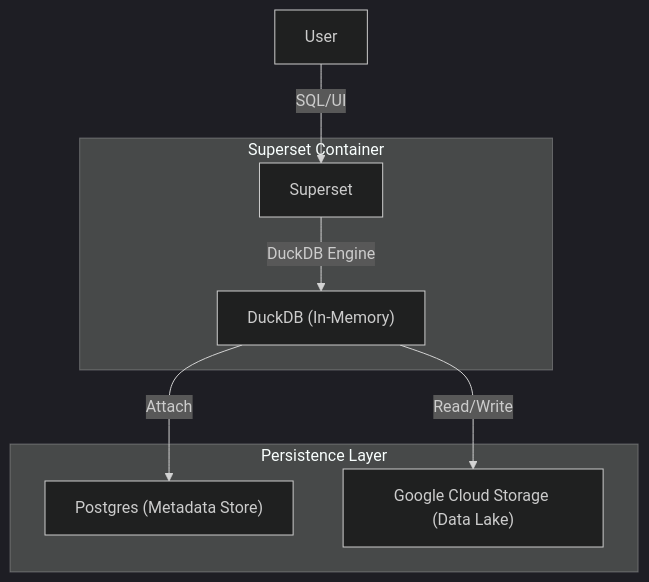
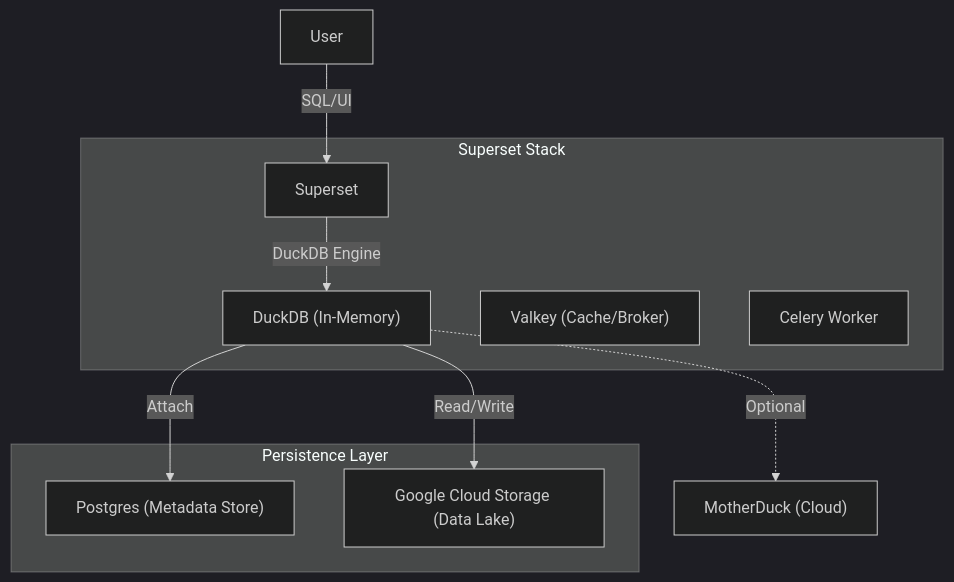
The diagram in README.md (chiqors/superset-ducklake), drawn with Mermaid (dark theme) before and after one commit. The commit also changed other lines of this file and 5 other files, not shown here.

````diff
--- a/README.md
+++ b/README.md
@@ -10,17 +10,20 @@
 ```mermaid
 graph TD
     User[User] -->|SQL/UI| Superset
     Superset -->|DuckDB Engine| DuckDB["DuckDB (In-Memory)"]
     DuckDB -->|Attach| Postgres["Postgres (Metadata Store)"]
     DuckDB -->|Read/Write| GCS["Google Cloud Storage (Data Lake)"]
+    DuckDB -.->|Optional| MotherDuck["MotherDuck (Cloud)"]
     
-    subgraph "Superset Container"
+    subgraph "Superset Stack"
         Superset
         DuckDB
+        Valkey["Valkey (Cache/Broker)"]
+        Worker["Celery Worker"]
     end
     
     subgraph "Persistence Layer"
         Postgres
         GCS
     end
 ```
````
